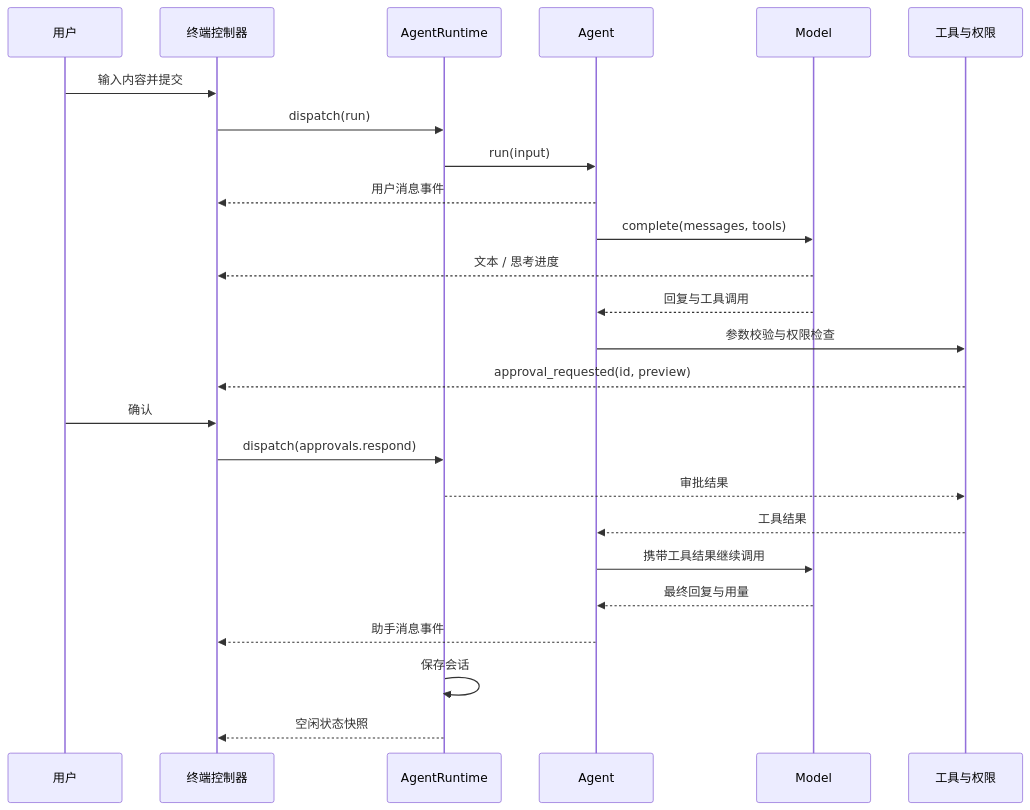
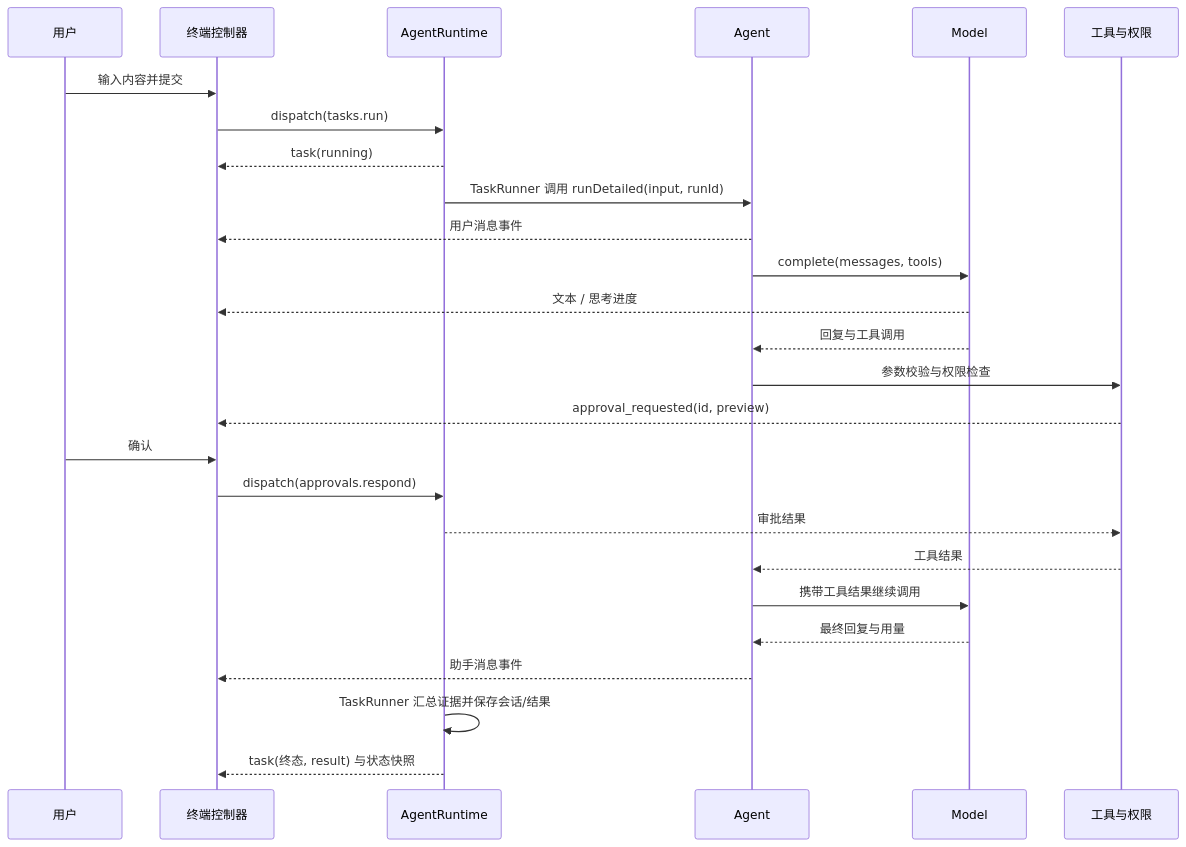
The second of 2 diagrams in ARCHITECTURE.md (ab-jenniesen/mini-agnet), drawn with Mermaid before and after one commit. The commit also changed other lines of this file and 41 other files, not shown here.

````diff
--- a/ARCHITECTURE.md
+++ b/ARCHITECTURE.md
@@ -50,27 +51,28 @@
 ```mermaid
 sequenceDiagram
   participant U as 用户
   participant V as 终端控制器
   participant R as AgentRuntime
   participant A as Agent
   participant M as Model
   participant T as 工具与权限
   U->>V: 输入内容并提交
-  V->>R: dispatch(run)
-  R->>A: run(input)
+  V->>R: dispatch(tasks.run)
+  R-->>V: task(running)
+  R->>A: TaskRunner 调用 runDetailed(input, runId)
   A-->>V: 用户消息事件
   A->>M: complete(messages, tools)
   M-->>V: 文本 / 思考进度
   M-->>A: 回复与工具调用
   A->>T: 参数校验与权限检查
   T-->>V: approval_requested(id, preview)
   U->>V: 确认
   V->>R: dispatch(approvals.respond)
   R-->>T: 审批结果
   T-->>A: 工具结果
   A->>M: 携带工具结果继续调用
   M-->>A: 最终回复与用量
   A-->>V: 助手消息事件
-  R->>R: 保存会话
-  R-->>V: 空闲状态快照
+  R->>R: TaskRunner 汇总证据并保存会话/结果
+  R-->>V: task(终态, result) 与状态快照
 ```
````
